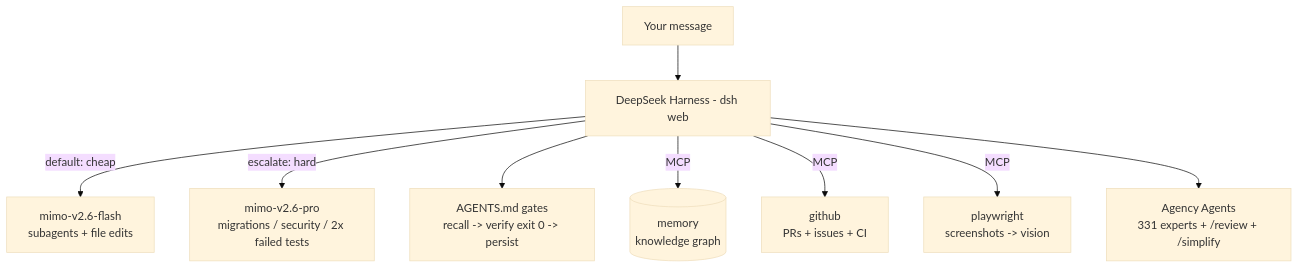
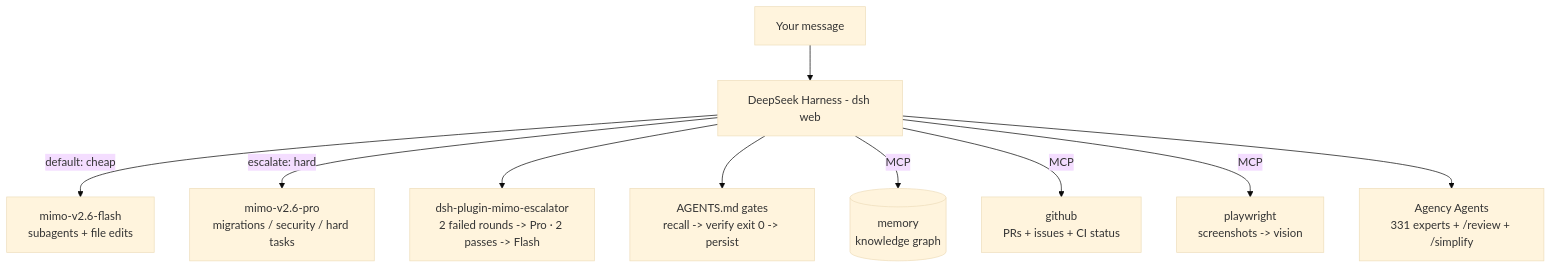
The diagram in README.md (Abdelrahman-0-20/mimo-agent-pipeline), drawn with Mermaid (base theme) before and after one commit. The commit also changed other lines of this file, not shown here.

Commit message:
docs: full README rewrite — escalator plugin as first-class section, merged routing docs, current v0.4 state

````diff
--- a/README.md
+++ b/README.md
@@ -18,11 +17,12 @@
 ```mermaid
 flowchart TD
     U[Your message] --> DSH[DeepSeek Harness - dsh web]
     DSH -->|"default: cheap"| F[mimo-v2.6-flash<br/>subagents + file edits]
-    DSH -->|"escalate: hard"| P[mimo-v2.6-pro<br/>migrations / security / 2x failed tests]
+    DSH -->|"escalate: hard"| P[mimo-v2.6-pro<br/>migrations / security / hard tasks]
+    DSH --> ESC[dsh-plugin-mimo-escalator<br/>2 failed rounds -> Pro · 2 passes -> Flash]
     DSH --> G[AGENTS.md gates<br/>recall -> verify exit 0 -> persist]
     DSH -->|MCP| M[(memory<br/>knowledge graph)]
-    DSH -->|MCP| GH[github<br/>PRs + issues + CI]
+    DSH -->|MCP| GH[github<br/>PRs + issues + CI status]
     DSH -->|MCP| PW[playwright<br/>screenshots -> vision]
     DSH --> EX[Agency Agents<br/>331 experts + /review + /simplify]
 ```
````
